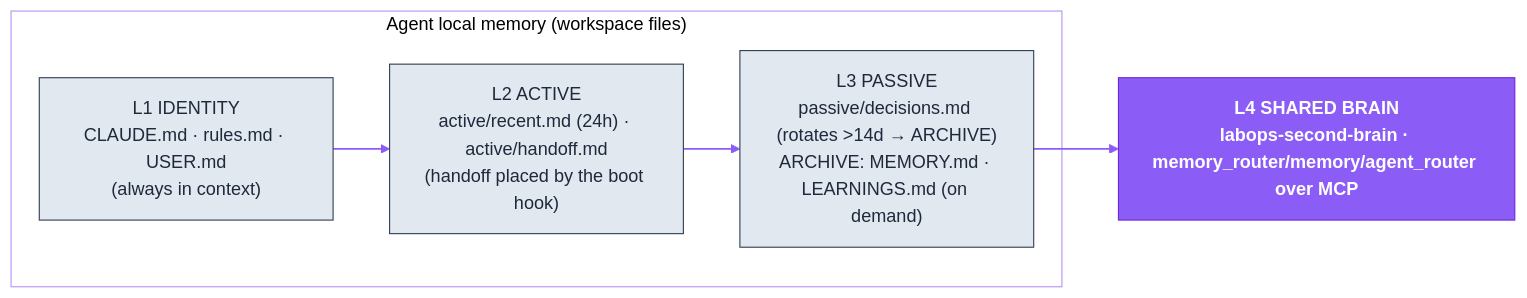
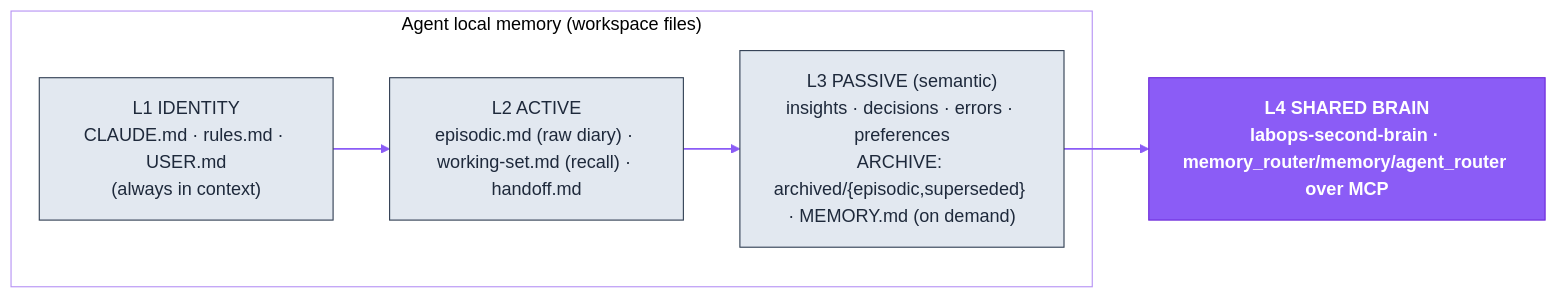
The third of 4 diagrams in agent-architecture/README.md (dediukhinpa/labops-ai-assistant), drawn with Mermaid before and after one commit. The commit also changed other lines of this file and 31 other files, not shown here.

First line of the commit message:
Phase 7: docs rewritten for the event-driven active/passive/archive model

````diff
--- a/agent-architecture/README.md
+++ b/agent-architecture/README.md
@@ -213,18 +213,18 @@
 ```mermaid
 %%{init: {'theme':'base','themeVariables':{'primaryColor':'#EDE9FE','primaryTextColor':'#4C1D95','primaryBorderColor':'#8B5CF6','lineColor':'#8B5CF6','secondaryColor':'#F1F5F9','tertiaryColor':'#ffffff','clusterBkg':'transparent','clusterBorder':'#B794F4','fontFamily':'Helvetica,Arial,sans-serif'}}}%%
 flowchart LR
   subgraph local["Agent local memory (workspace files)"]
     L1["L1 IDENTITY<br/>CLAUDE.md · rules.md · USER.md<br/>(always in context)"]
-    L2["L2 ACTIVE<br/>active/recent.md (24h) · active/handoff.md<br/>(handoff placed by the boot hook)"]
-    L3["L3 PASSIVE<br/>passive/decisions.md (rotates >14d → ARCHIVE)<br/>ARCHIVE: MEMORY.md · LEARNINGS.md (on demand)"]
+    L2["L2 ACTIVE<br/>episodic.md (raw diary) · working-set.md (recall) · handoff.md"]
+    L3["L3 PASSIVE (semantic)<br/>insights · decisions · errors · preferences<br/>ARCHIVE: archived/{episodic,superseded} · MEMORY.md (on demand)"]
   end
   L4["L4 SHARED BRAIN<br/>labops-second-brain · memory_router/memory/agent_router over MCP"]
   L1 --> L2 --> L3 --> L4
   classDef brand fill:#8B5CF6,stroke:#6D28D9,color:#ffffff,font-weight:bold
   classDef ext fill:#CCFBF1,stroke:#0D9488,color:#0F766E
   classDef store fill:#FEF3C7,stroke:#D97706,color:#92400E
   classDef sys fill:#E2E8F0,stroke:#334155,color:#1E293B
   linkStyle default stroke:#8B5CF6,stroke-width:1.5px
   class L4 brand
   class L1,L2,L3 sys
 ```
````
